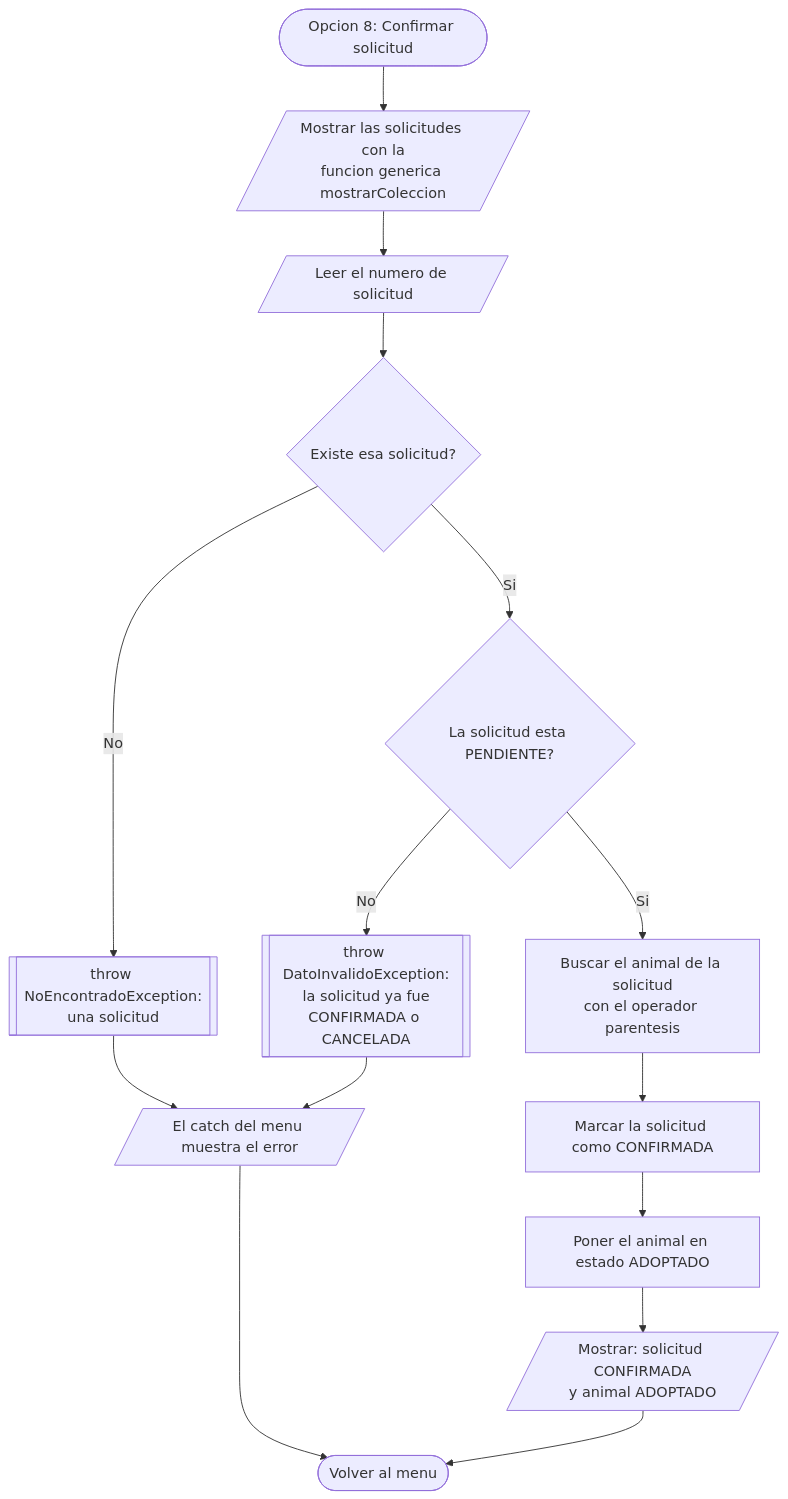
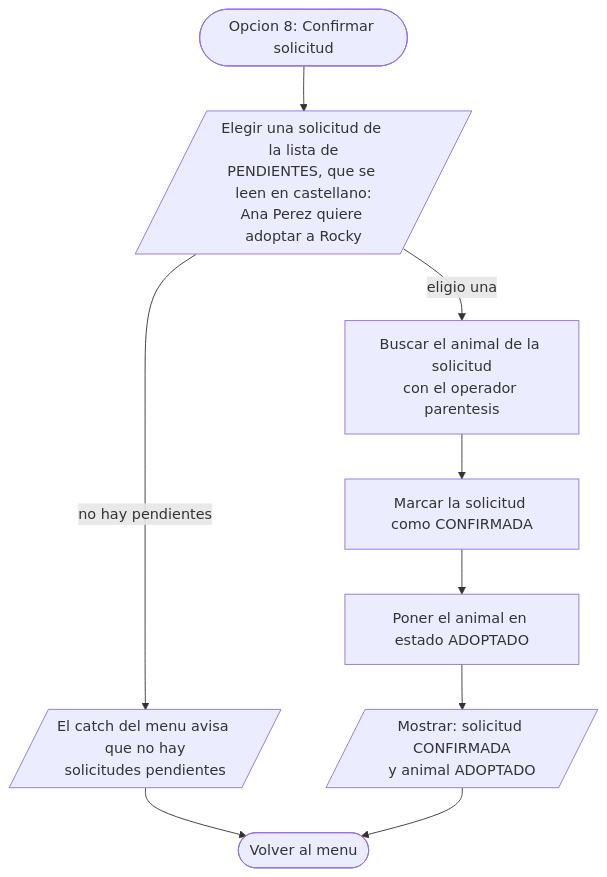
Before and after one commit to tobiastardivo/REFUGIO: diagram 11 of 18 in DIAGRAMAS.md, drawn with Mermaid. The commit also changed other lines of this file and 3 other files, not shown here.

````diff
--- a/DIAGRAMAS.md
+++ b/DIAGRAMAS.md
@@ -335,22 +384,15 @@
 ```mermaid
 flowchart TD
     INI(["Opcion 8: Confirmar solicitud"])
-    LISTA[/"Mostrar las solicitudes con la<br/>funcion generica mostrarColeccion"/]
-    NRO[/"Leer el numero de solicitud"/]
-    EXISTE{"Existe esa solicitud?"}
-    THROW1[["throw NoEncontradoException:<br/>una solicitud"]]
-    PEND{"La solicitud esta PENDIENTE?"}
-    THROW2[["throw DatoInvalidoException:<br/>la solicitud ya fue<br/>CONFIRMADA o CANCELADA"]]
+    ELIGE[/"Elegir una solicitud de la lista de<br/>PENDIENTES, que se leen en castellano:<br/>Ana Perez quiere adoptar a Rocky"/]
     BUSCA["Buscar el animal de la solicitud<br/>con el operador parentesis"]
     CONF["Marcar la solicitud como CONFIRMADA"]
     ADOPT["Poner el animal en estado ADOPTADO"]
     OK[/"Mostrar: solicitud CONFIRMADA<br/>y animal ADOPTADO"/]
-    CATCH[/"El catch del menu muestra el error"/]
+    CATCH[/"El catch del menu avisa que no hay<br/>solicitudes pendientes"/]
     FIN(["Volver al menu"])
 
-    INI --> LISTA --> NRO --> EXISTE
-    EXISTE -->|"No"| THROW1 --> CATCH --> FIN
-    EXISTE -->|"Si"| PEND
-    PEND -->|"No"| THROW2 --> CATCH
-    PEND -->|"Si"| BUSCA --> CONF --> ADOPT --> OK --> FIN
+    INI --> ELIGE
+    ELIGE -->|"no hay pendientes"| CATCH --> FIN
+    ELIGE -->|"eligio una"| BUSCA --> CONF --> ADOPT --> OK --> FIN
 ```
````
